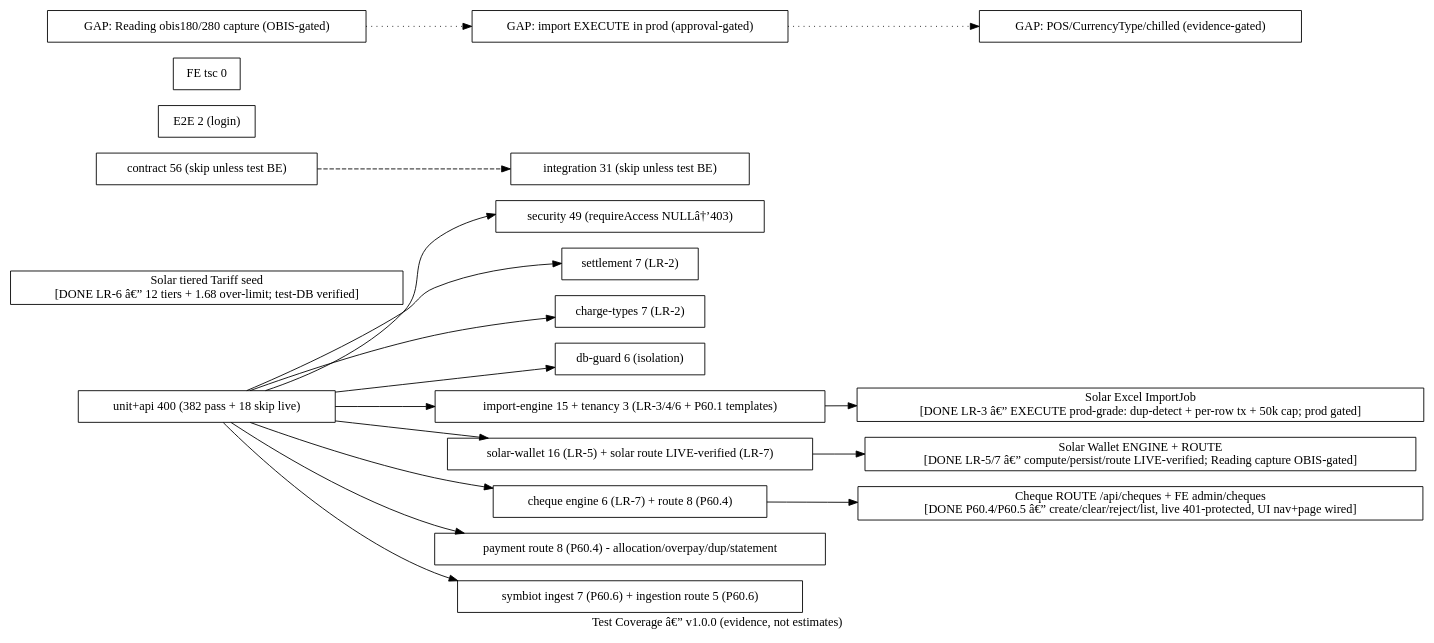
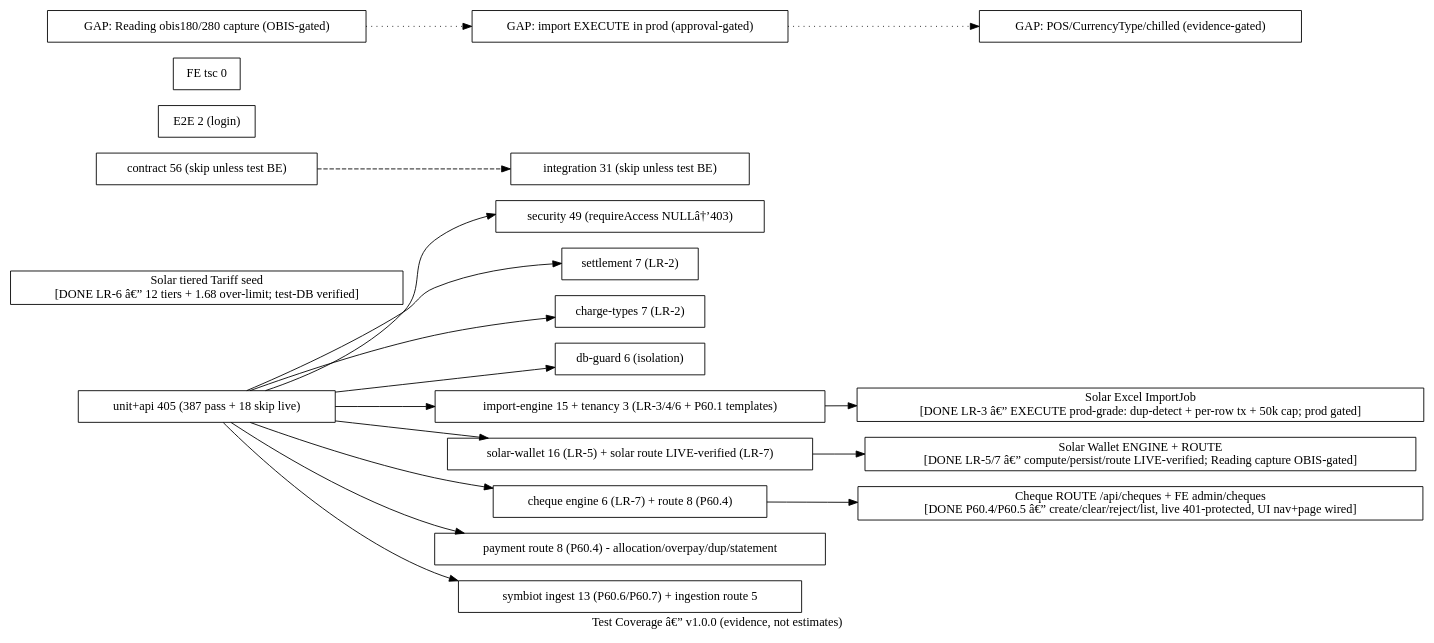
One commit to Kirllos360/MeterVerse changed the diagram in docs/architecture/graph/TEST-COVERAGE.dot. Above: the diagram before and after it, drawn with Graphviz. The commit also changed other lines of this file and 6 other files, not shown here.

```diff
--- a/docs/architecture/graph/TEST-COVERAGE.dot
+++ b/docs/architecture/graph/TEST-COVERAGE.dot
@@ -1,49 +1,49 @@
 // TEST-COVERAGE graph â€” P59-C/LR-2A v1.0.0
 // Evidence-based: unit+api 325 total (307 pass + 18 skip), contract 56 skip,
 // integration 31 skip, FE tsc 0. Tenancy + security live-proven.
 digraph TestCov {
   rankdir=LR;
   label="Test Coverage â€” v1.0.0 (evidence, not estimates)";
 
   node [shape=box fillcolor="#d1f5d3"];
-  UNIT [label="unit+api 400 (382 pass + 18 skip live)"];
+  UNIT [label="unit+api 405 (387 pass + 18 skip live)"];
   T_SEC [label="security 49 (requireAccess NULLâ†’403)"];
   T_SETTLE [label="settlement 7 (LR-2)"];
   T_CHARGE [label="charge-types 7 (LR-2)"];
   T_DBGUARD [label="db-guard 6 (isolation)"];
   T_IMPORT [label="import-engine 15 + tenancy 3 (LR-3/4/6 + P60.1 templates)"];
   T_SOLAR [label="solar-wallet 16 (LR-5) + solar route LIVE-verified (LR-7)"];
   T_CHEQUE [label="cheque engine 6 (LR-7) + route 8 (P60.4)"];
   T_PAY [label="payment route 8 (P60.4) - allocation/overpay/dup/statement"];
-  T_SYMB [label="symbiot ingest 7 (P60.6) + ingestion route 5 (P60.6)"];
+  T_SYMB [label="symbiot ingest 13 (P60.6/P60.7) + ingestion route 5"];
   IMPORT_DONE [label="Solar Excel ImportJob\n[DONE LR-3 â€” EXECUTE prod-grade: dup-detect + per-row tx + 50k cap; prod gated]" fillcolor="#fef7e0"];
   SOLAR_DONE [label="Solar Wallet ENGINE + ROUTE\n[DONE LR-5/7 â€” compute/persist/route LIVE-verified; Reading capture OBIS-gated]" fillcolor="#fef7e0"];
   TARIFF_SEED [label="Solar tiered Tariff seed\n[DONE LR-6 â€” 12 tiers + 1.68 over-limit; test-DB verified]" fillcolor="#fef7e0"];
   CHEQUE_DONE [label="Cheque ROUTE /api/cheques + FE admin/cheques\n[DONE P60.4/P60.5 â€” create/clear/reject/list, live 401-protected, UI nav+page wired]" fillcolor="#fef7e0"];
 
   node [shape=box fillcolor="#fef7e0"];
   CONTRACT [label="contract 56 (skip unless test BE)"];
   INTEG [label="integration 31 (skip unless test BE)"];
   E2E [label="E2E 2 (login)"];
   TSC [label="FE tsc 0"];
 
   node [shape=box fillcolor="#fff1f0"];
   GAP1 [label="GAP: Reading obis180/280 capture (OBIS-gated)"];
   GAP2 [label="GAP: import EXECUTE in prod (approval-gated)"];
   GAP3 [label="GAP: POS/CurrencyType/chilled (evidence-gated)"];
 
   UNIT -> T_SEC;
   UNIT -> T_SETTLE;
   UNIT -> T_CHARGE;
   UNIT -> T_DBGUARD;
   UNIT -> T_IMPORT;
   UNIT -> T_SOLAR;
   UNIT -> T_CHEQUE;
   UNIT -> T_PAY;
   UNIT -> T_SYMB;
   T_IMPORT -> IMPORT_DONE;
   T_SOLAR -> SOLAR_DONE;
   T_CHEQUE -> CHEQUE_DONE;
   CONTRACT -> INTEG [style=dashed];
   GAP1 -> GAP2 -> GAP3 [style=dotted];
 }
```
